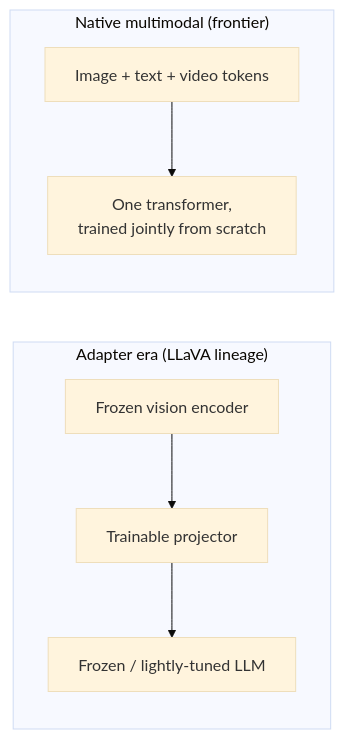
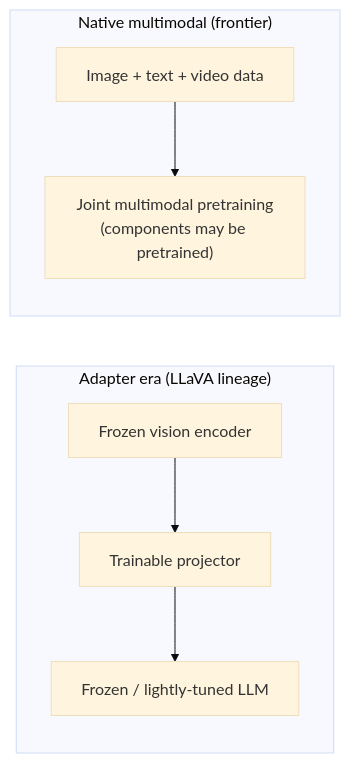
Before and after one commit to beomyoung-kim/ml_study: the second of 2 diagrams in content/vlm/pretraining.ko.md, drawn with Mermaid (base theme). The commit also changed other lines of this file and 209 other files, not shown here.

````diff
--- a/content/vlm/pretraining.ko.md
+++ b/content/vlm/pretraining.ko.md
@@ -112,9 +229,9 @@
 ```mermaid
 flowchart LR
   subgraph A["Adapter era (LLaVA lineage)"]
     VE1["Frozen vision encoder"] --> PJ1["Trainable projector"] --> LLM1["Frozen / lightly-tuned LLM"]
   end
   subgraph B["Native multimodal (frontier)"]
-    IMG2["Image + text + video tokens"] --> ONE["One transformer,<br/>trained jointly from scratch"]
+    IMG2["Image + text + video data"] --> ONE["Joint multimodal pretraining<br/>(components may be pretrained)"]
   end
 ```
````
